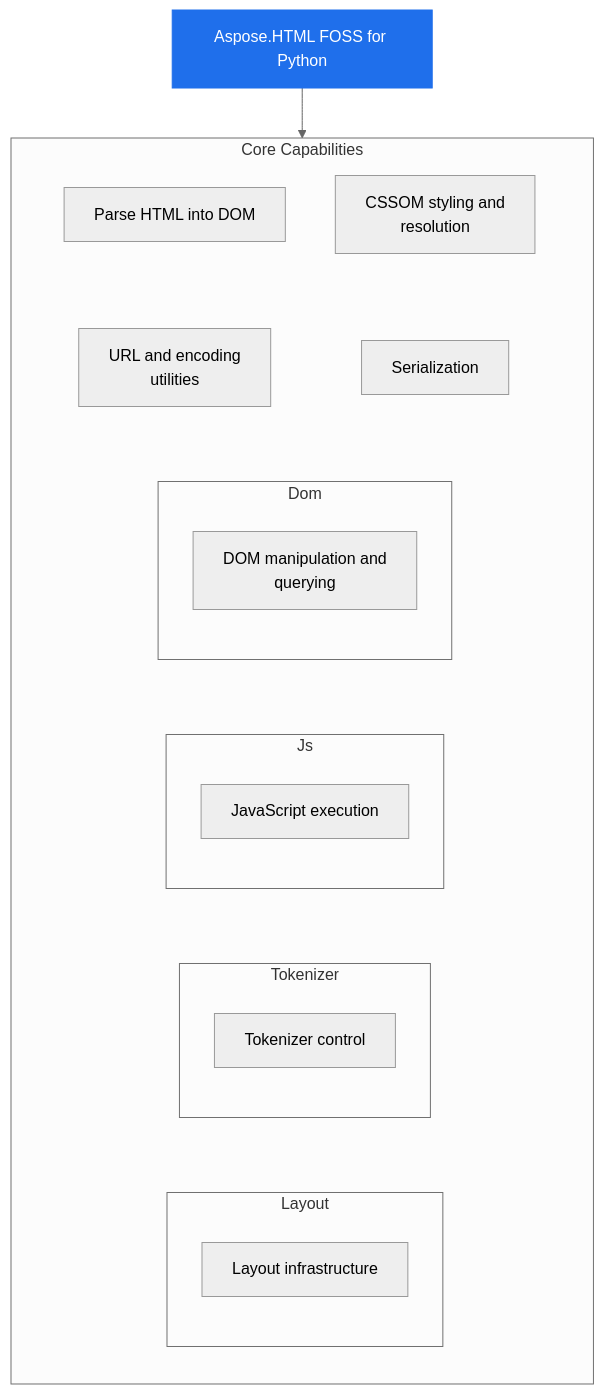
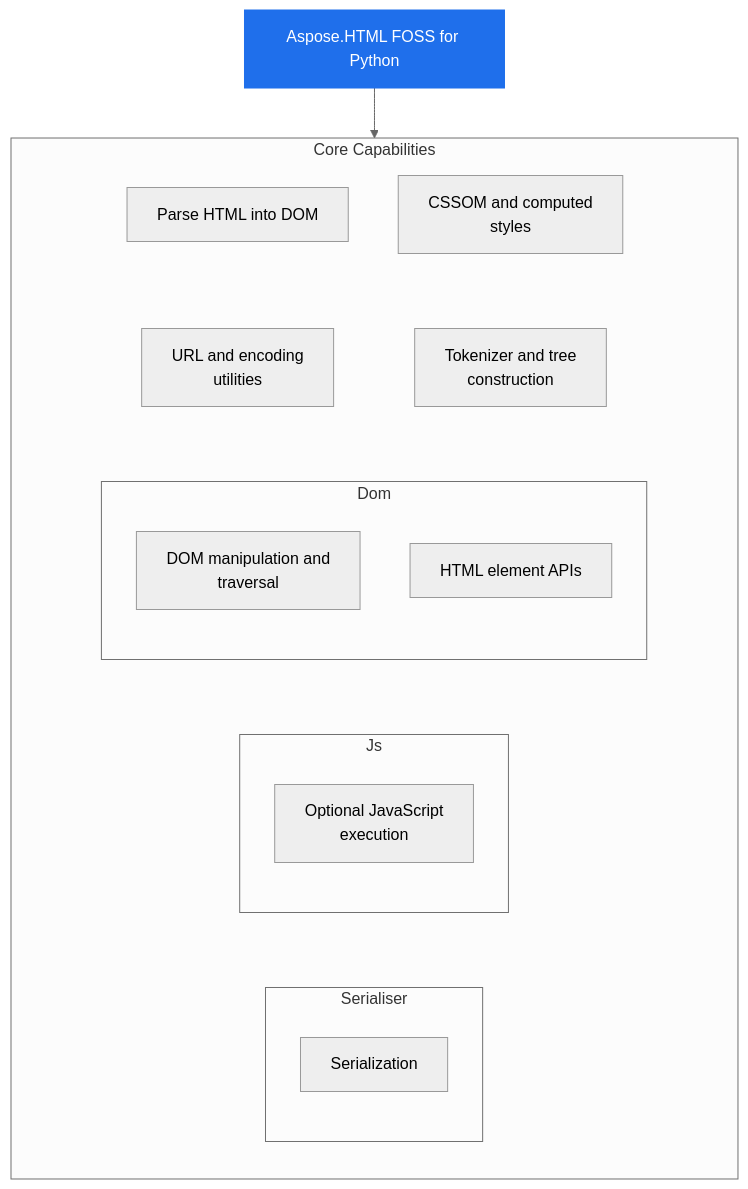
Before and after one commit to babar-raza/repo-presenter: the diagram in bf0f1e7a6d29ca9e14de576fe3ff1aa49ddbaf11/README.md, drawn with Mermaid (neutral theme). The commit also changed other lines of this file and 9 other files, not shown here.

````diff
--- a/bf0f1e7a6d29ca9e14de576fe3ff1aa49ddbaf11/README.md
+++ b/bf0f1e7a6d29ca9e14de576fe3ff1aa49ddbaf11/README.md
@@ -27,37 +25,33 @@
 ```mermaid
 flowchart TB
   PRODUCT["Aspose.HTML FOSS for Python"]
   subgraph Capabilities["Core Capabilities"]
     direction TB
     c1["Parse HTML into DOM"]
-    c3["CSSOM styling and<br/>resolution"]
+    c3["CSSOM and computed<br/>styles"]
     c4["URL and encoding<br/>utilities"]
-    c6["Serialization"]
+    c6["Tokenizer and tree<br/>construction"]
     c1 ~~~ c4
     c3 ~~~ c6
     subgraph cg1["Dom"]
       direction TB
-      c2["DOM manipulation and<br/>querying"]
+      c2["DOM manipulation and<br/>traversal"]
+      c7["HTML element APIs"]
     end
     subgraph cg2["Js"]
       direction TB
-      c5["JavaScript execution"]
+      c5["Optional JavaScript<br/>execution"]
     end
-    subgraph cg3["Tokenizer"]
+    subgraph cg3["Serialiser"]
       direction TB
-      c7["Tokenizer control"]
-    end
-    subgraph cg4["Layout"]
-      direction TB
-      c8["Layout infrastructure"]
+      c8["Serialization"]
     end
     c4 ~~~ cg1
     c6 ~~~ cg1
     cg1 ~~~ cg2
     cg2 ~~~ cg3
-    cg3 ~~~ cg4
   end
   PRODUCT --> Capabilities
   classDef product fill:#1f6feb,stroke:#1f6feb,color:#ffffff
   class PRODUCT product
 ```
````
